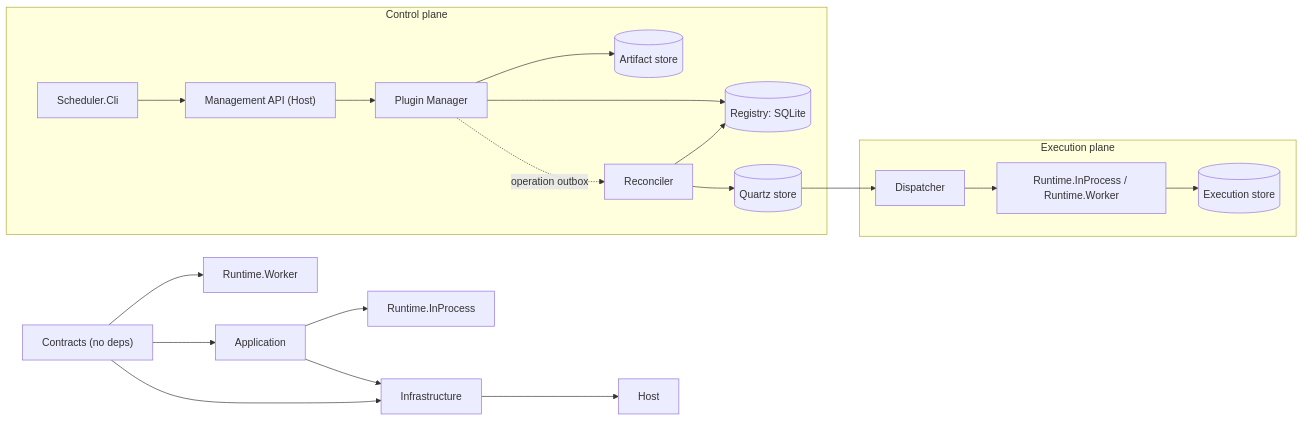
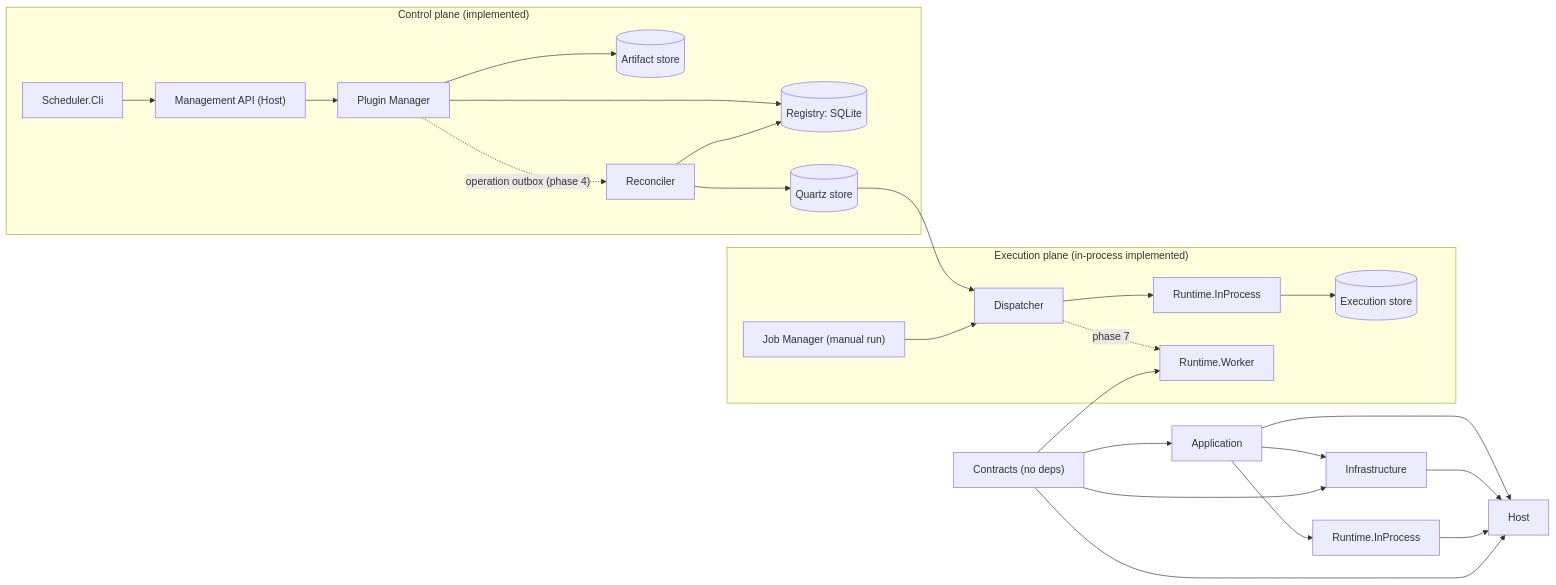
One commit to nicknad/job-scheduler changed the fourth of 4 diagrams in docs/graphs/plugin-workflows.md. Above: the diagram before and after it, drawn with Mermaid. The commit also changed other lines of this file and 48 other files, not shown here.

First line of the commit message:
feat(runtime): implement Phase 3 in-process runtime and dispatcher

````diff
--- a/docs/graphs/plugin-workflows.md
+++ b/docs/graphs/plugin-workflows.md
@@ -84,23 +98,28 @@
 ```mermaid
 flowchart LR
-  subgraph Ctrl["Control plane"]
+  subgraph Ctrl["Control plane (implemented)"]
     CLI["Scheduler.Cli"] --> API["Management API (Host)"]
     API --> PM["Plugin Manager"]
     PM --> REG[("Registry: SQLite")]
     PM --> ART[("Artifact store")]
     RECON["Reconciler"] --> REG
     RECON --> QZ[("Quartz store")]
   end
-  subgraph Exe["Execution plane"]
+  subgraph Exe["Execution plane (in-process implemented)"]
     QZ --> DISP["Dispatcher"]
-    DISP --> RT["Runtime.InProcess / Runtime.Worker"]
+    RUN["Job Manager (manual run)"] --> DISP
+    DISP --> RT["Runtime.InProcess"]
+    DISP -. "phase 7" .-> RWK["Runtime.Worker"]
     RT --> EXC[("Execution store")]
   end
-  PM -. "operation outbox" .-> RECON
+  PM -. "operation outbox (phase 4)" .-> RECON
   CON["Contracts (no deps)"] --> APP["Application"]
   APP --> INF["Infrastructure"]
   CON --> INF
   APP --> RIP["Runtime.InProcess"]
-  CON --> RWK["Runtime.Worker"]
-  INF --> HOST["Host"]
+  CON --> RWK
+  APP --> HOST["Host"]
+  INF --> HOST
+  RIP --> HOST
+  CON --> HOST
 ```
````
